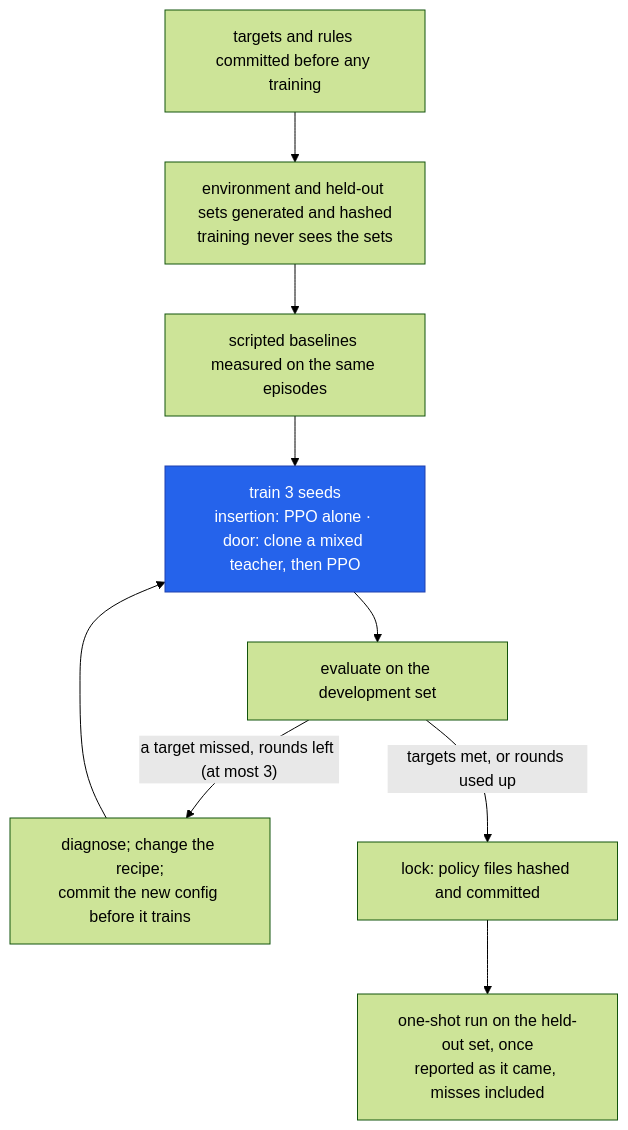
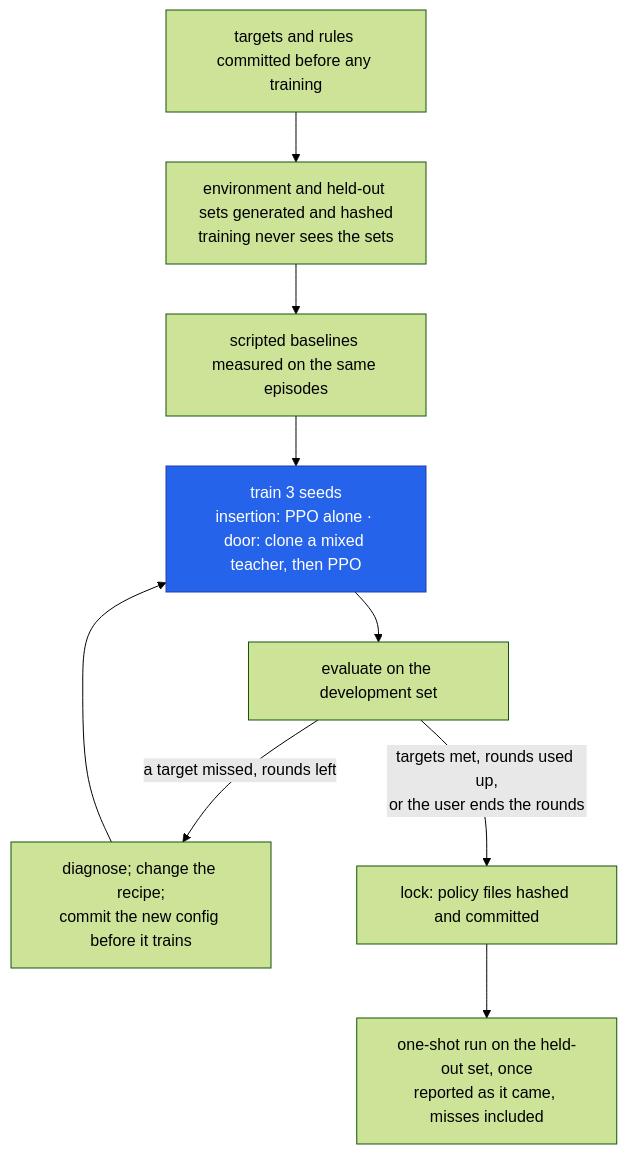
Before and after one commit to Abdullah-Muz/polypanda: the second of 5 diagrams in README.md, drawn with Mermaid (forest theme). The commit also changed other lines of this file and 1 other file, not shown here.

````diff
--- a/README.md
+++ b/README.md
@@ -175,13 +180,13 @@
 ```mermaid
 flowchart TD
     G[targets and rules committed before any training] --> E[environment and held-out sets generated and hashed<br/>training never sees the sets]
     E --> B[scripted baselines measured on the same episodes]
     B --> TR[train 3 seeds<br/>insertion: PPO alone · door: clone a mixed teacher, then PPO]
     TR --> DV[evaluate on the development set]
-    DV -- "a target missed, rounds left (at most 3)" --> RC[diagnose; change the recipe;<br/>commit the new config before it trains]
+    DV -- "a target missed, rounds left" --> RC[diagnose; change the recipe;<br/>commit the new config before it trains]
     RC --> TR
-    DV -- "targets met, or rounds used up" --> L[lock: policy files hashed and committed]
+    DV -- "targets met, rounds used up,<br/>or the user ends the rounds" --> L[lock: policy files hashed and committed]
     L --> OS[one-shot run on the held-out set, once<br/>reported as it came, misses included]
     classDef learned fill:#2563eb,stroke:#1e40af,color:#ffffff
     class TR learned
 ```
````
